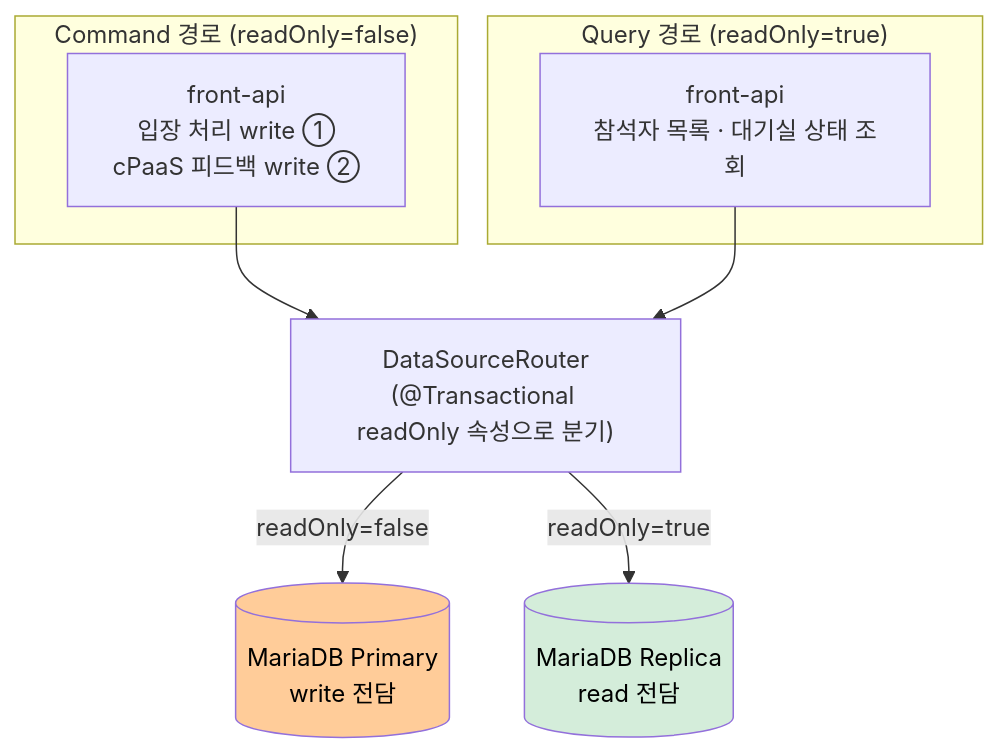
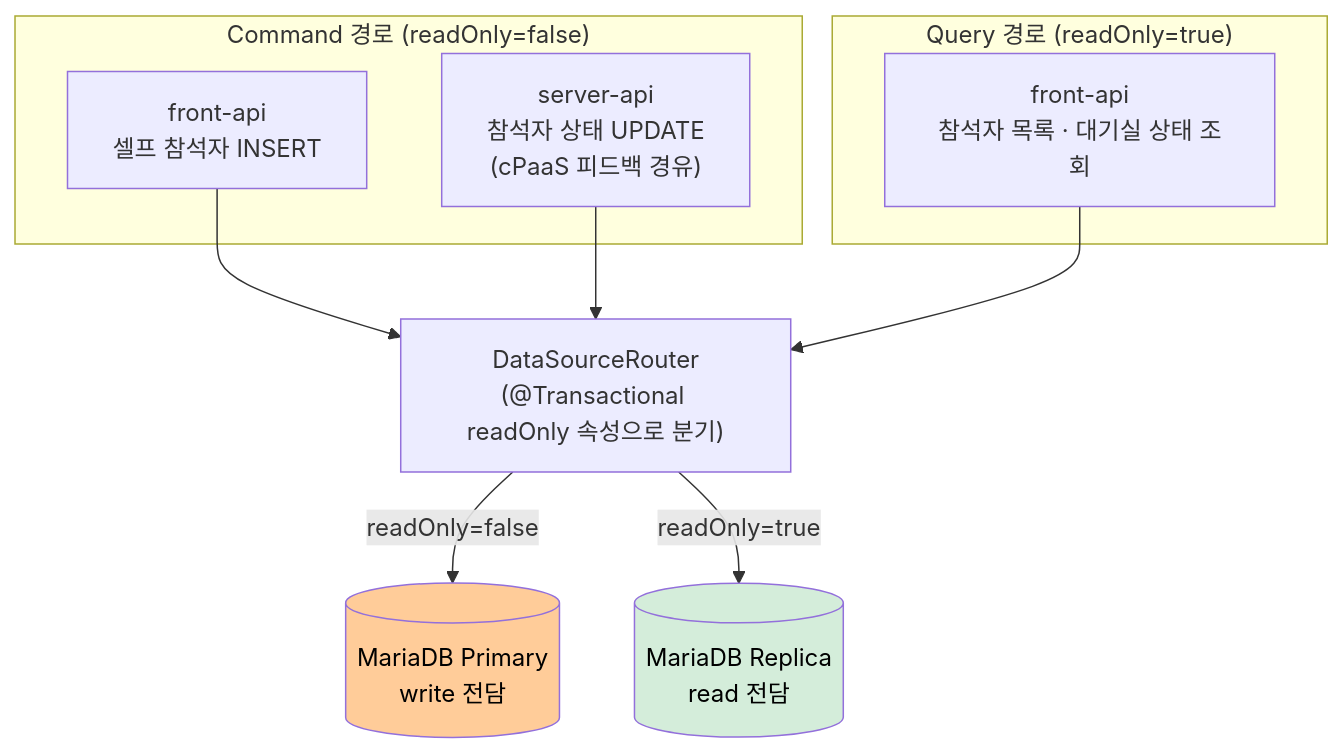
One commit to sujinnkim/A_Personal changed the third of 5 diagrams in report/3/3.2-아키텍처문제분석및설계전략.md. Above: the diagram before and after it, drawn with Mermaid. The commit also changed other lines of this file and 28 other files, not shown here.

````diff
--- a/report/3/3.2-아키텍처문제분석및설계전략.md
+++ b/report/3/3.2-아키텍처문제분석및설계전략.md
@@ -330,23 +430,25 @@
 ```mermaid
 flowchart TD
     subgraph WRITE["Command 경로 (readOnly=false)"]
-        FA_W["front-api\n입장 처리 write ①\ncPaaS 피드백 write ②"]
+        FA_W["front-api\n셀프 참석자 INSERT"]
+        SA_W["server-api\n참석자 상태 UPDATE\n(cPaaS 피드백 경유)"]
     end
 
     subgraph READ["Query 경로 (readOnly=true)"]
         FA_R["front-api\n참석자 목록 · 대기실 상태 조회"]
     end
 
     ROUTER["DataSourceRouter\n(@Transactional readOnly 속성으로 분기)"]
 
     PRIMARY[("MariaDB Primary\nwrite 전담")]
     REPLICA[("MariaDB Replica\nread 전담")]
 
     FA_W --> ROUTER
+    SA_W --> ROUTER
     FA_R --> ROUTER
     ROUTER -->|"readOnly=false"| PRIMARY
     ROUTER -->|"readOnly=true"| REPLICA
 
     style PRIMARY fill:#ffcc99,color:#000
     style REPLICA fill:#d4edda,color:#000
 ```
````
